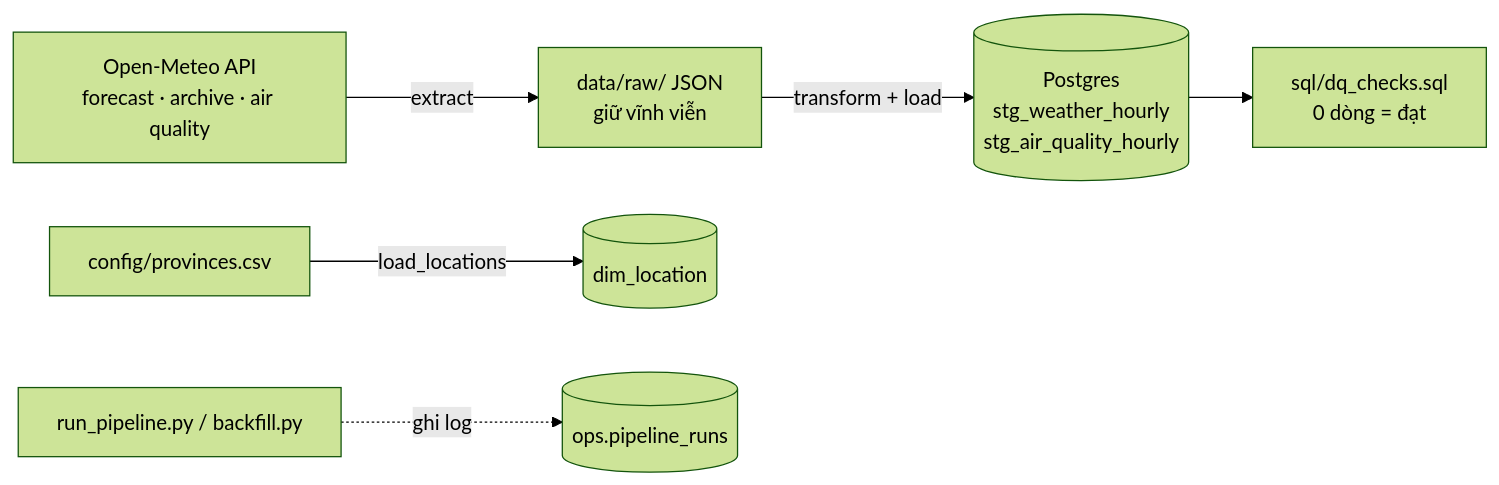
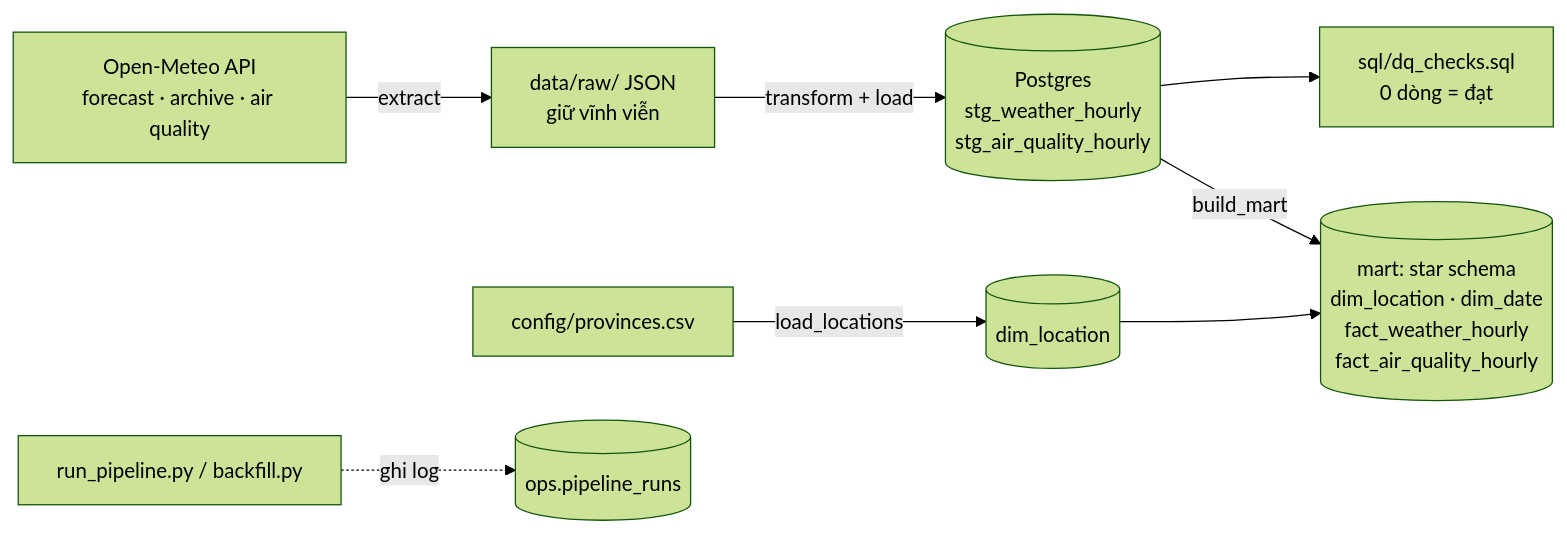
One commit to DucThuanTran/vietsky changed the diagram in README.md. Above: the diagram before and after it, drawn with Mermaid (forest theme). The commit also changed other lines of this file and 10 other files, not shown here.

Commit message:
Day 8: star schema mart with build_mart stage and reconciliation

````diff
--- a/README.md
+++ b/README.md
@@ -7,8 +7,10 @@
 ```mermaid
 flowchart LR
     A[Open-Meteo API<br/>forecast · archive · air quality] -->|extract| B[data/raw/ JSON<br/>giữ vĩnh viễn]
     B -->|transform + load| C[(Postgres<br/>stg_weather_hourly<br/>stg_air_quality_hourly)]
     D[config/provinces.csv] -->|load_locations| E[(dim_location)]
     C --> F[sql/dq_checks.sql<br/>0 dòng = đạt]
+    C -->|build_mart| M[(mart: star schema<br/>dim_location · dim_date<br/>fact_weather_hourly<br/>fact_air_quality_hourly)]
+    E --> M
     G[run_pipeline.py / backfill.py] -.ghi log.-> H[(ops.pipeline_runs)]
 ```
````
